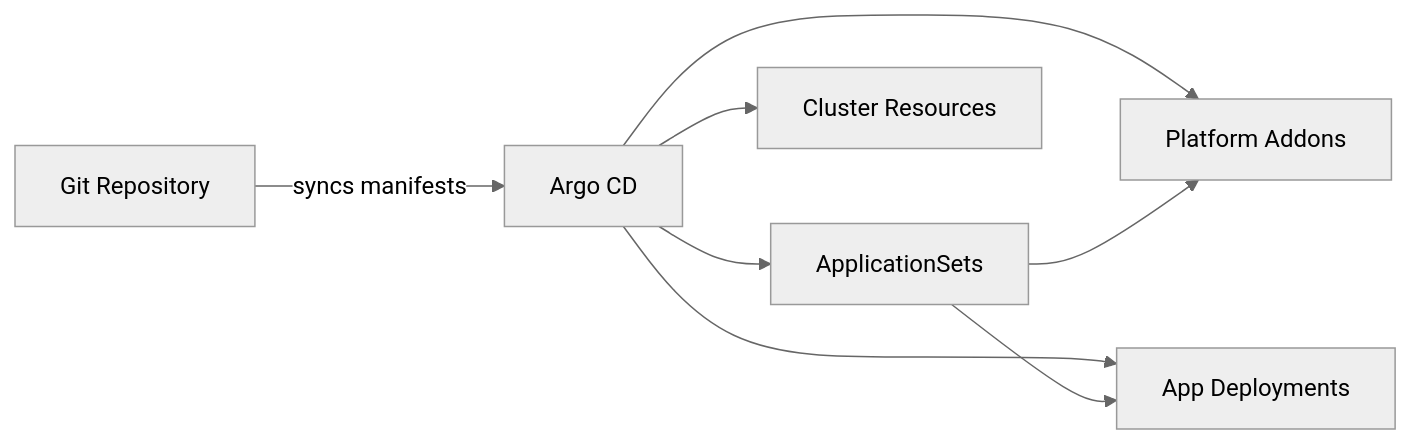
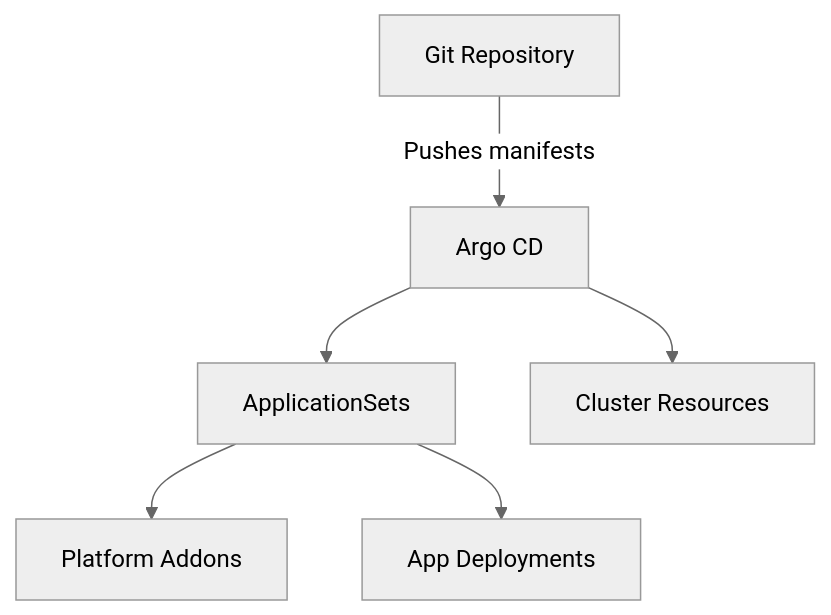
Before and after one commit to roib20/homelab-as-code: the diagram in docs/explanation/architecture-overview.md, drawn with Mermaid (neutral theme). The commit also changed 4 other files, not shown here.

Commit message:
docs: add mermaids

````diff
--- a/docs/explanation/architecture-overview.md
+++ b/docs/explanation/architecture-overview.md
@@ -20,10 +20,8 @@
 ```mermaid
-flowchart LR
-  Repo[Git Repository] -->|syncs manifests| ArgoCD[Argo CD]
+flowchart TD
+  Repo[Git Repository] -->|Pushes manifests| ArgoCD[Argo CD]
   ArgoCD --> AppSets[ApplicationSets]
-  ArgoCD --> Addons[Platform Addons]
-  ArgoCD --> Apps[App Deployments]
+  AppSets --> Addons[Platform Addons]
+  AppSets --> Apps[App Deployments]
   ArgoCD --> Resources[Cluster Resources]
-  AppSets --> Addons
-  AppSets --> Apps
 ```
````
